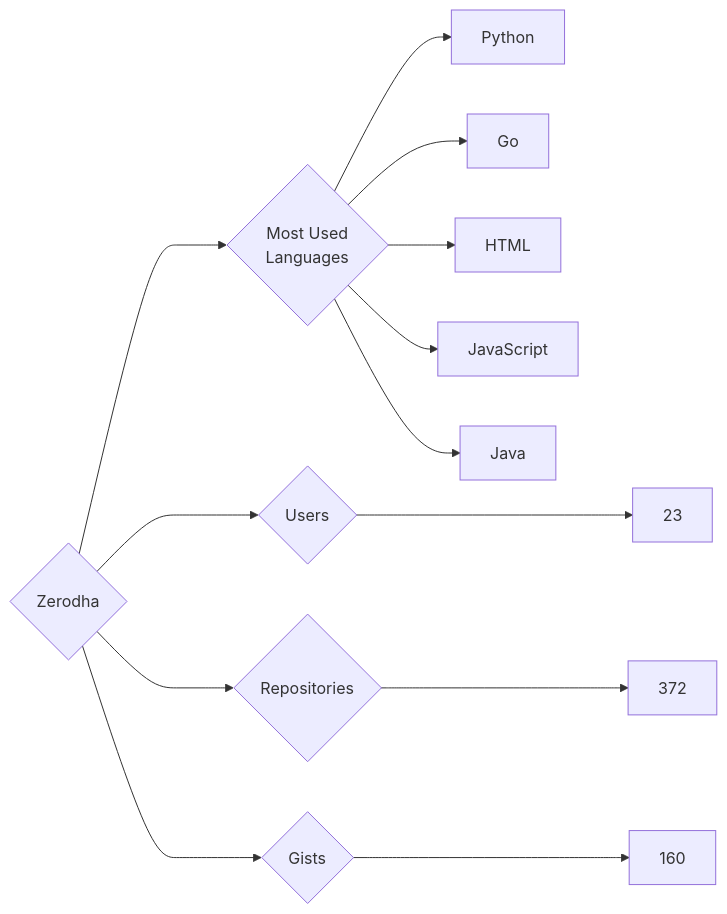
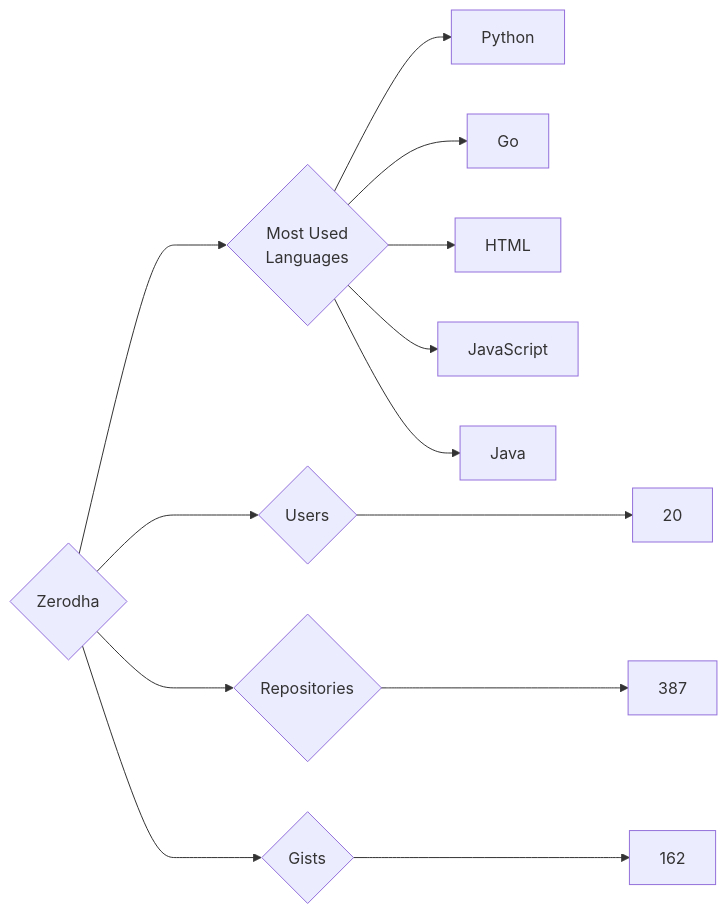
The diagram in targets/Zerodha/README.md (trickest/insiders), drawn with Mermaid before and after one commit. The commit also changed 928 other files, not shown here.

````diff
--- a/targets/Zerodha/README.md
+++ b/targets/Zerodha/README.md
@@ -3,13 +3,13 @@
 ```mermaid
 graph LR
 COMPANY_NAME{Zerodha}
-COMPANY_NAME ---> U{Users} ---> UN[23]
-COMPANY_NAME ---> R{Repositories} ---> RN[372]
-COMPANY_NAME ---> G{Gists} ---> GN[160]
+COMPANY_NAME ---> U{Users} ---> UN[20]
+COMPANY_NAME ---> R{Repositories} ---> RN[387]
+COMPANY_NAME ---> G{Gists} ---> GN[162]
 COMPANY_NAME ---> ML{Most Used<br>Languages}
 ML --> Python[Python]
 ML --> Go[Go]
 ML --> HTML[HTML]
 ML --> JavaScript[JavaScript]
 ML --> Java[Java]
 ```
````
